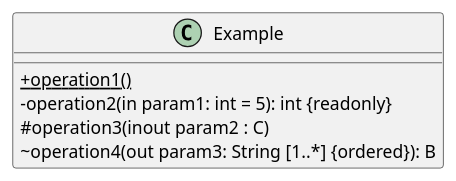
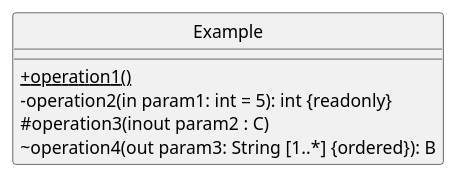
One commit to TUBAF-IfI-LiaScript/VL_Softwareentwicklung changed the diagram in code/10_UML/Graphs/OperationsExample.plantUML. Above: the diagram before and after it, drawn with PlantUML. The commit also changed 9 other files, not shown here.

```diff
--- a/code/10_UML/Graphs/OperationsExample.plantUML
+++ b/code/10_UML/Graphs/OperationsExample.plantUML
@@ -1,9 +1,10 @@
 @startuml
 skinparam classAttributeIconSize 0
+hide circle
 class Example{
    + {static} operation1()
    - operation2(in param1: int = 5): int {readonly}
    # operation3(inout param2 : C)
    ~ operation4(out param3: String [1..*] {ordered}): B
 }
 @enduml
```
